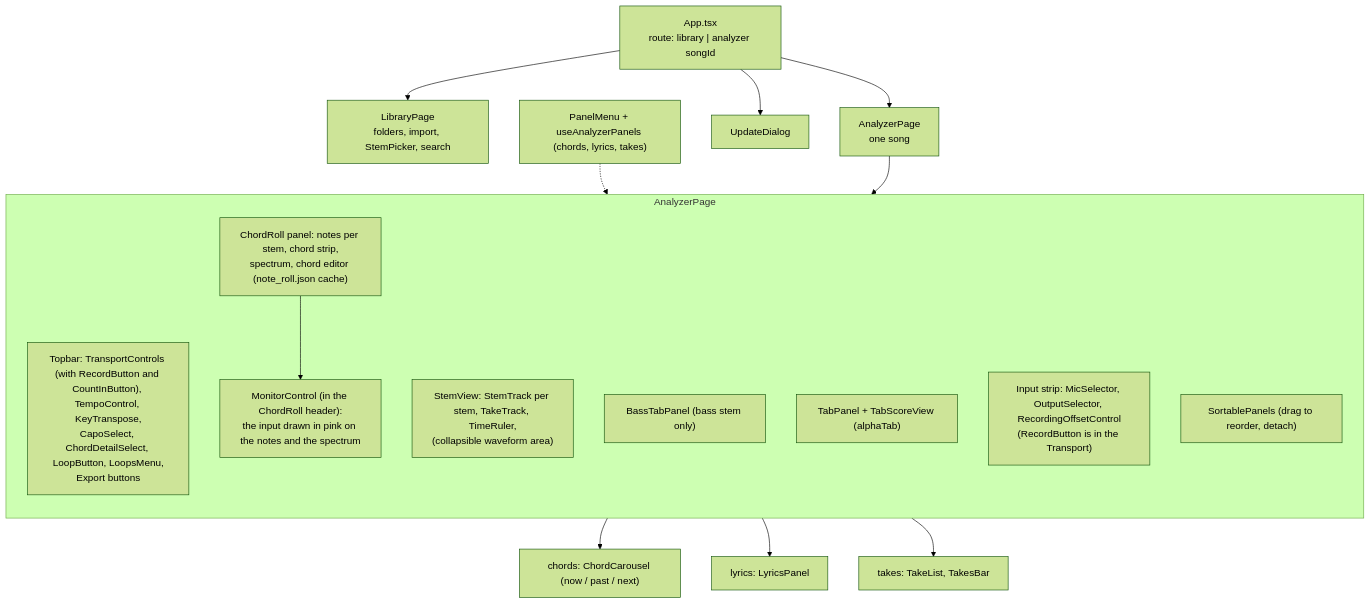
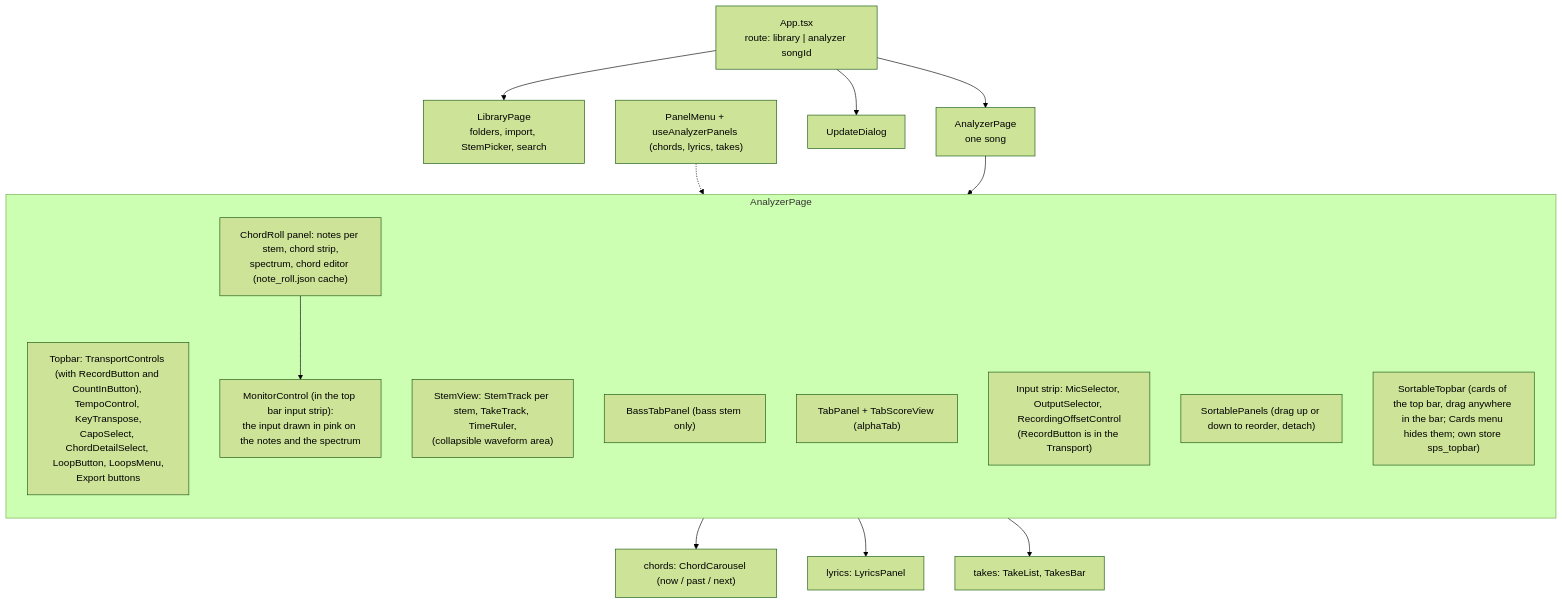
Before and after one commit to giamat90/SongPracticeStudio: the second of 16 diagrams in wiki/uml.md, drawn with Mermaid (forest theme). The commit also changed other lines of this file and 25 other files, not shown here.

First line of the commit message:
feat: top bar as movable cards, Monitor in the input strip, foldable Chord roll and Meter

````diff
--- a/wiki/uml.md
+++ b/wiki/uml.md
@@ -69,26 +69,27 @@
 ```mermaid
 flowchart TB
     APP["App.tsx<br/>route: library | analyzer songId"]
     APP --> LP["LibraryPage<br/>folders, import, StemPicker, search"]
     APP --> AP["AnalyzerPage<br/>one song"]
     APP --> UD["UpdateDialog"]
 
     subgraph ap["AnalyzerPage"]
         direction TB
         TOP["Topbar: TransportControls (with RecordButton and CountInButton), TempoControl, KeyTranspose,<br/>CapoSelect, ChordDetailSelect, LoopButton, LoopsMenu,<br/>Export buttons"]
         SV["StemView: StemTrack per stem, TakeTrack, TimeRuler,<br/>(collapsible waveform area)"]
         CR["ChordRoll panel: notes per stem, chord strip,<br/>spectrum, chord editor (note_roll.json cache)"]
-        MON["MonitorControl (in the ChordRoll header):<br/>the input drawn in pink on the notes and the spectrum"]
+        MON["MonitorControl (in the top bar input strip):<br/>the input drawn in pink on the notes and the spectrum"]
         BT["BassTabPanel (bass stem only)"]
         TB["TabPanel + TabScoreView (alphaTab)"]
         REC["Input strip: MicSelector, OutputSelector, RecordingOffsetControl<br/>(RecordButton is in the Transport)"]
-        SP["SortablePanels (drag to reorder, detach)"]
+        SP["SortablePanels (drag up or down to reorder, detach)"]
+        STB["SortableTopbar (cards of the top bar, drag anywhere in the bar; Cards menu hides them; own store sps_topbar)"]
     end
     AP --> ap
     CR --> MON
     SP --> P1["chords: ChordCarousel (now / past / next)"]
     SP --> P2["lyrics: LyricsPanel"]
     SP --> P3["takes: TakeList, TakesBar"]
     PM["PanelMenu + useAnalyzerPanels (chords, lyrics, takes)"]
     PM -.-> SP
 ```
````
